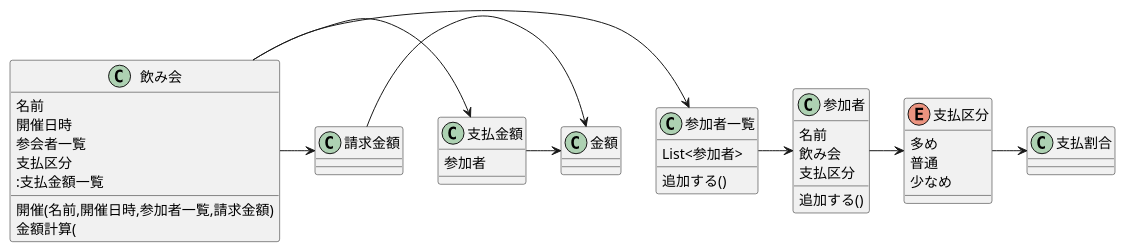
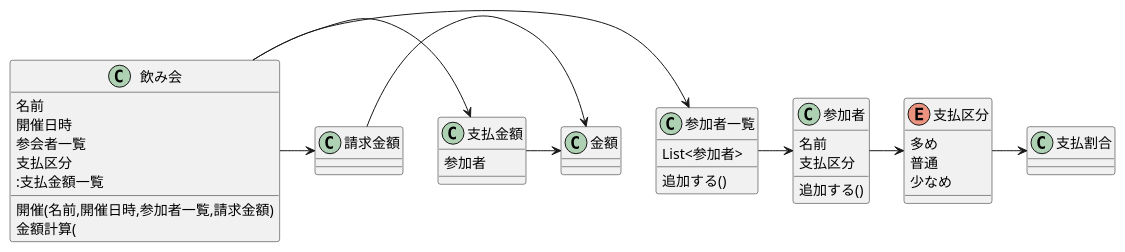
The diagram in etc/warikan.puml (muractice/wari), drawn with PlantUML before and after one commit. The commit also changed 6 other files, not shown here.

```diff
--- a/etc/warikan.puml
+++ b/etc/warikan.puml
@@ -1,80 +1,80 @@
 @startuml
 
 /'
 class 幹事{
 }
 '/
 
 class 飲み会 {
 名前
 開催日時
 参会者一覧
 支払区分
 '幹事
 開催(名前,開催日時,参加者一覧,請求金額)
 '参加者追加()
 金額計算(
 :支払金額一覧
 }
 
 
 class 参加者{
 名前
-飲み会
+'飲み会
 支払区分
 追加する()
 }
 
 class 参加者一覧{
 List<参加者>
 追加する()
 }
 
 
 enum 支払区分{
 多め
 普通
 少なめ
 }
 
 class 支払割合{
 }
 
 class 請求金額{
 }
 
 class 支払金額{
 参加者
 }
 
 /'
 class メンバー毎支払割合{
 参加者
 支払割合
 }
 '/
 
 /'
 class 支払金額一覧{
 }
 '/
 
 class 金額{
 }
 
 
 
 '飲み会 -> 幹事
 飲み会 -> 参加者一覧
 参加者一覧 -> 参加者
 参加者 -> 支払区分
 '飲み会 -> 支払区分
 飲み会 -> 支払金額
 支払区分 -> 支払割合
 飲み会 -> 請求金額
 '支払金額一覧 -> 支払金額
 '支払金額 -> 参加者一覧
 支払金額 -> 金額
 請求金額 -> 金額
 
 @enduml
```
